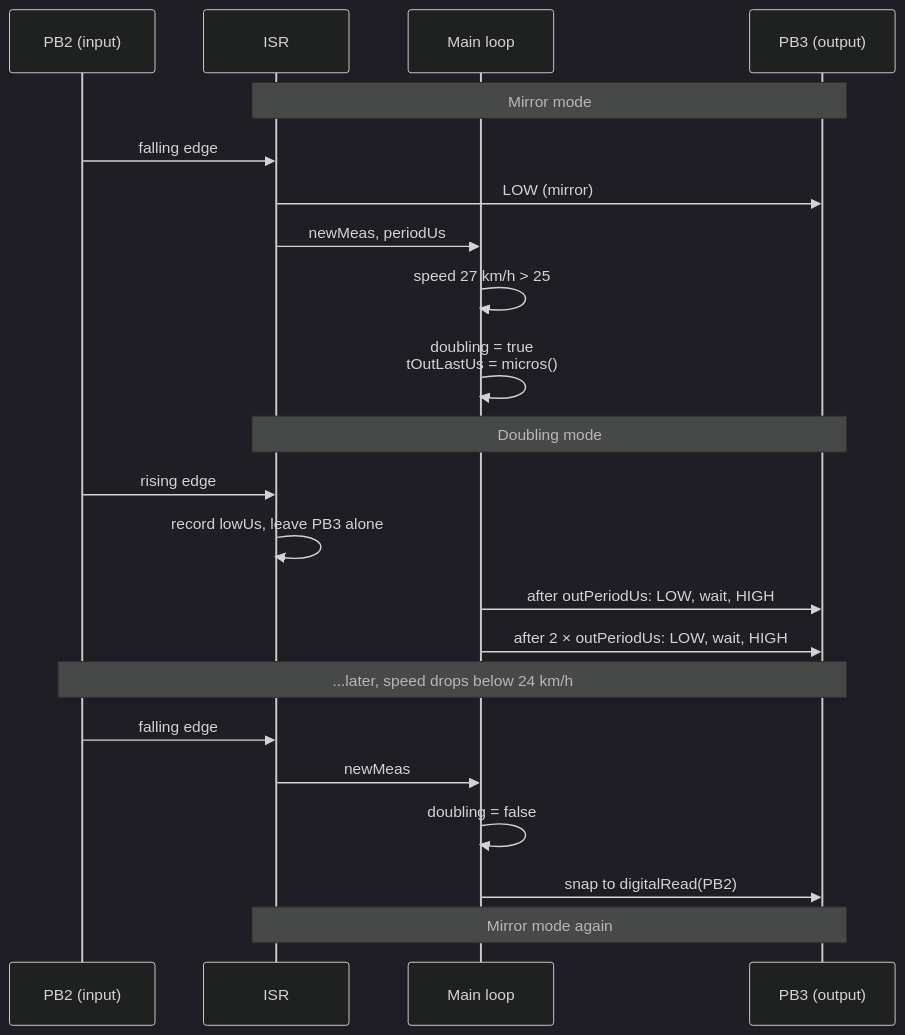
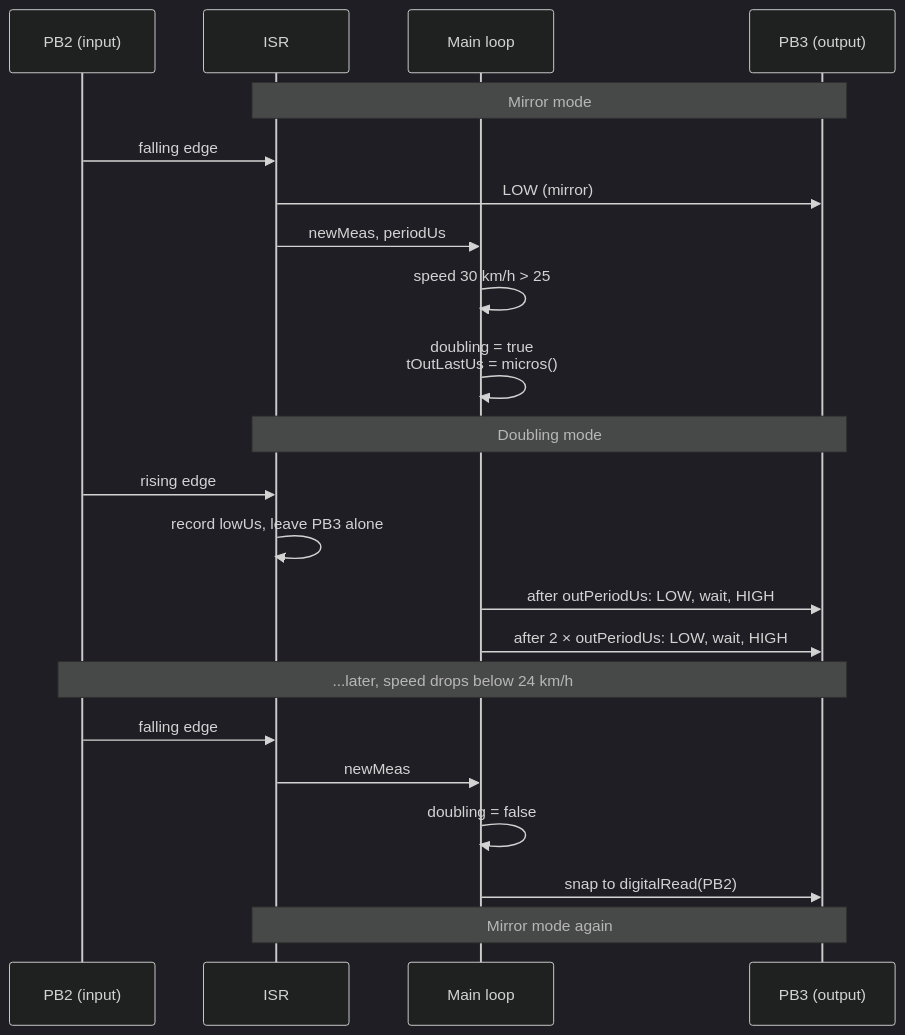
Before and after one commit to Haddley/haddley.github.io: the fifth of 5 diagrams in content/attiny2.md, drawn with Mermaid (dark theme). The commit also changed other lines of this file and 2 other files, not shown here.

````diff
--- a/content/attiny2.md
+++ b/content/attiny2.md
@@ -278,24 +278,24 @@
 ```mermaid
 sequenceDiagram
     participant In as PB2 (input)
     participant ISR
     participant ML as Main loop
     participant Out as PB3 (output)
     Note over ISR,Out: Mirror mode
     In->>ISR: falling edge
     ISR->>Out: LOW (mirror)
     ISR->>ML: newMeas, periodUs
-    ML->>ML: speed 27 km/h > 25
+    ML->>ML: speed 30 km/h > 25
     ML->>ML: doubling = true<br/>tOutLastUs = micros()
     Note over ISR,Out: Doubling mode
     In->>ISR: rising edge
     ISR->>ISR: record lowUs, leave PB3 alone
     ML->>Out: after outPeriodUs: LOW, wait, HIGH
     ML->>Out: after 2 × outPeriodUs: LOW, wait, HIGH
     Note over In,Out: ...later, speed drops below 24 km/h
     In->>ISR: falling edge
     ISR->>ML: newMeas
     ML->>ML: doubling = false
     ML->>Out: snap to digitalRead(PB2)
     Note over ISR,Out: Mirror mode again
 ```
````
